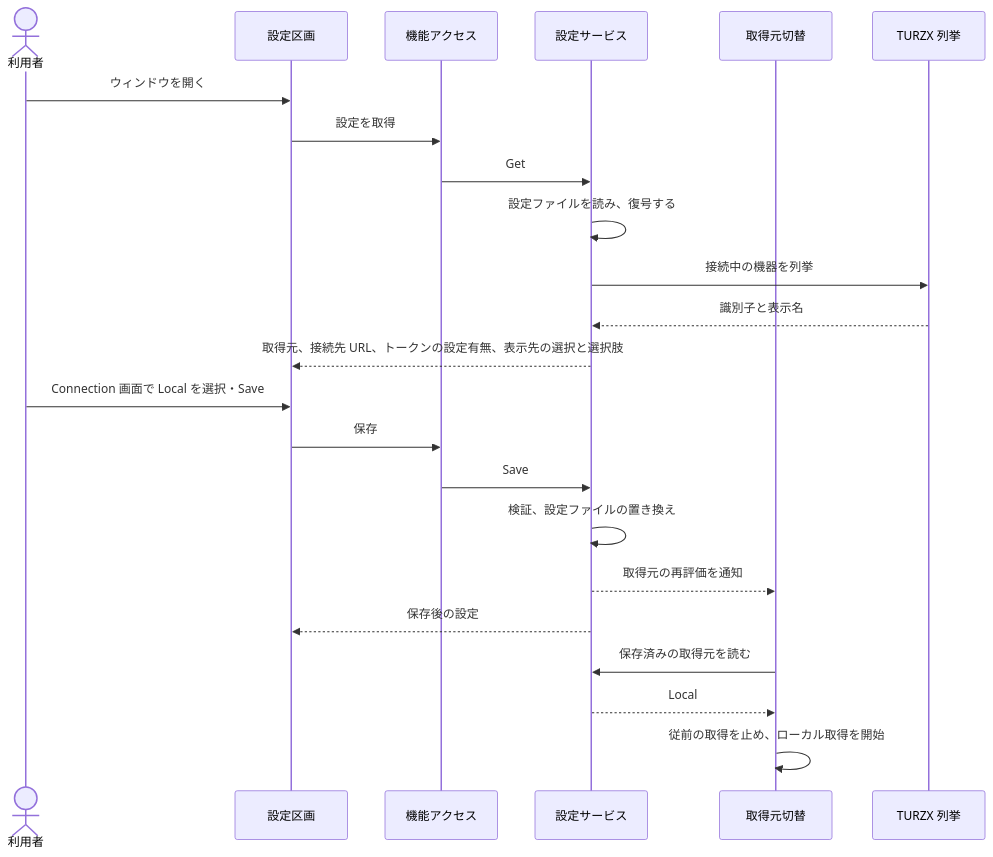
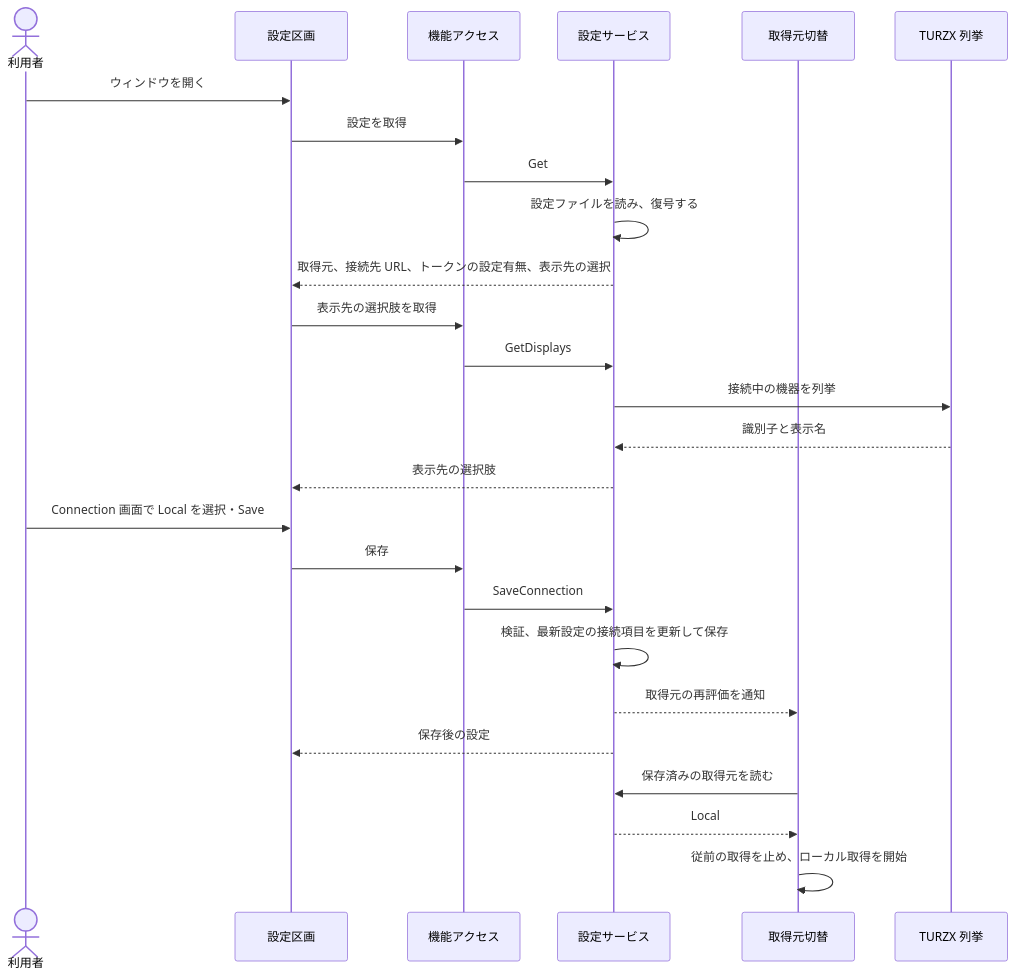
Before and after one commit to nuitsjp/token-dashboard: the diagram in docs/design/UCP-2.md, drawn with Mermaid. The commit also changed other lines of this file and 22 other files, not shown here.

````diff
--- a/docs/design/UCP-2.md
+++ b/docs/design/UCP-2.md
@@ -13,25 +13,28 @@
 ```mermaid
 sequenceDiagram
   actor User as 利用者
   participant UI as 設定区画
   participant Q as 機能アクセス
   participant S as 設定サービス
   participant A as 取得元切替
   participant T as TURZX 列挙
   User->>UI: ウィンドウを開く
   UI->>Q: 設定を取得
   Q->>S: Get
   S->>S: 設定ファイルを読み、復号する
+  S-->>UI: 取得元、接続先 URL、トークンの設定有無、表示先の選択
+  UI->>Q: 表示先の選択肢を取得
+  Q->>S: GetDisplays
   S->>T: 接続中の機器を列挙
   T-->>S: 識別子と表示名
-  S-->>UI: 取得元、接続先 URL、トークンの設定有無、表示先の選択と選択肢
+  S-->>UI: 表示先の選択肢
   User->>UI: Connection 画面で Local を選択・Save
   UI->>Q: 保存
-  Q->>S: Save
-  S->>S: 検証、設定ファイルの置き換え
+  Q->>S: SaveConnection
+  S->>S: 検証、最新設定の接続項目を更新して保存
   S-->>A: 取得元の再評価を通知
   S-->>UI: 保存後の設定
   A->>S: 保存済みの取得元を読む
   S-->>A: Local
   A->>A: 従前の取得を止め、ローカル取得を開始
 ```
````
